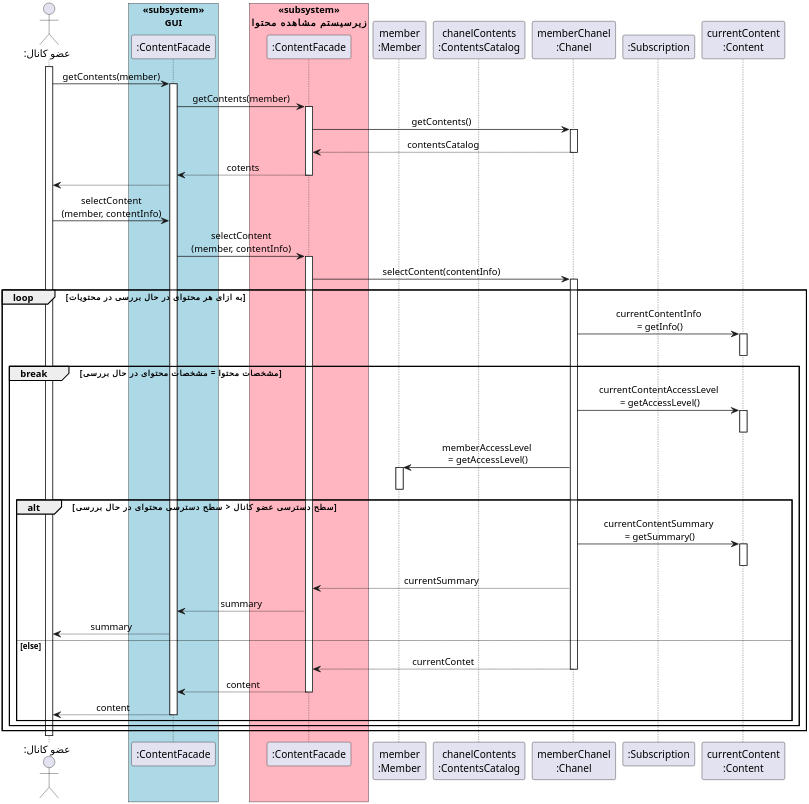
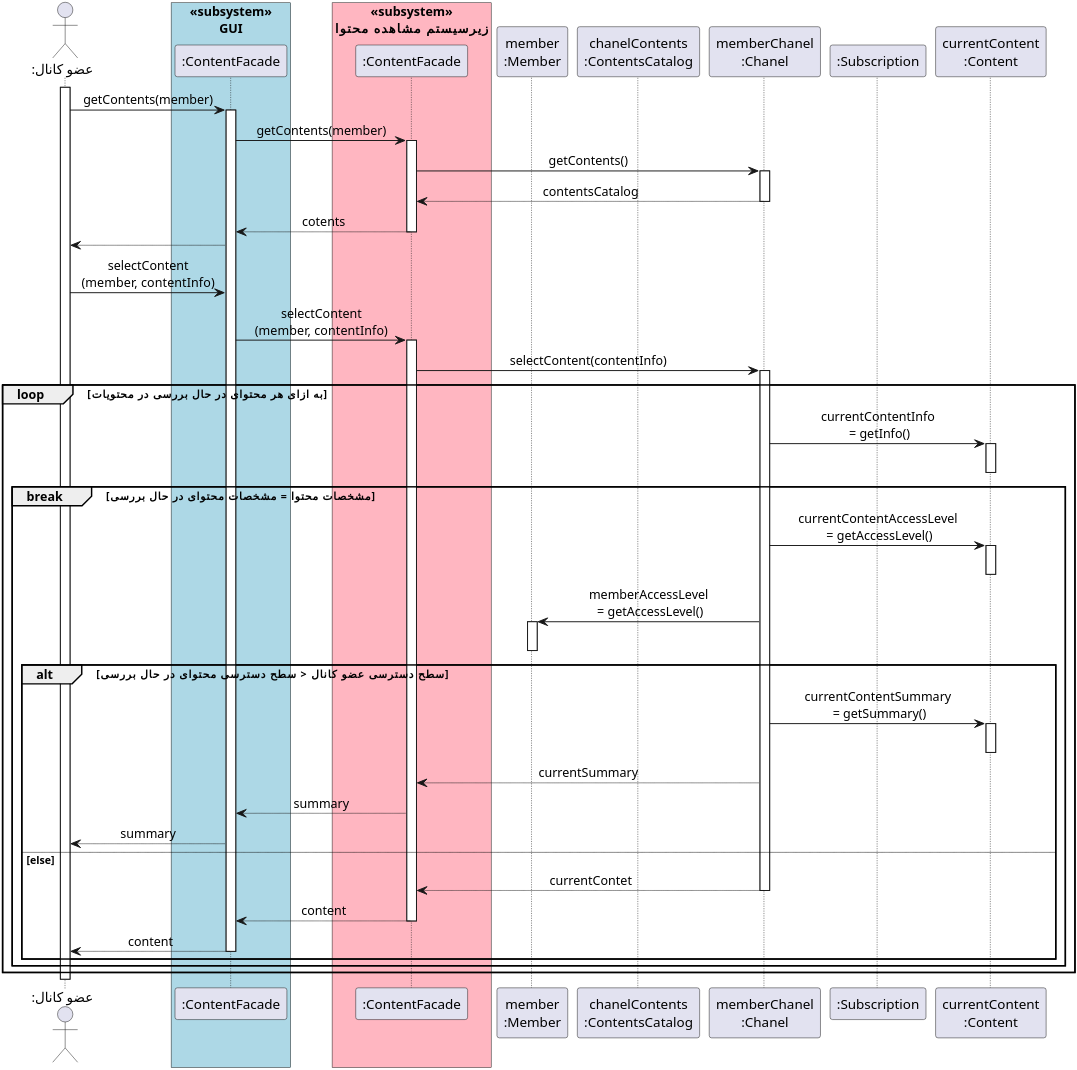
One commit to soleyman79/Qasedak changed the diagram in Diagrams/Design Sequence/SeeContent.puml. Above: the diagram before and after it, drawn with PlantUML. The commit also changed 2 other files, not shown here.

```diff
--- a/Diagrams/Design Sequence/SeeContent.puml
+++ b/Diagrams/Design Sequence/SeeContent.puml
@@ -1,76 +1,76 @@
 @startuml see_content
 
 
-scale 3
+scale 4
 skinparam DefaultFontName Vazir
 skinparam DefaultTextAlignment center
 
 
 actor ":عضو کانال" as member
 box "«subsystem»\nGUI" #LightBlue
 participant ":ContentFacade" as ui
 end box
 box "«subsystem»\nزیرسیستم مشاهده محتوا" #LightPink
 participant ":ContentFacade" as contentFacade
 end box
 participant "member\n:Member" as memberObj
 participant "chanelContents\n:ContentsCatalog" as contents
 participant "memberChanel\n:Chanel" as chanel
 participant ":Subscription" as subscription
 participant "currentContent\n:Content" as currentContent
 
 
 activate member
 member -> ui: getContents(member)
 activate ui
 ui -> contentFacade: getContents(member)
 activate contentFacade
 contentFacade -> chanel: getContents()
 activate chanel
 chanel --> contentFacade: contentsCatalog
 deactivate chanel
 contentFacade --> ui: cotents
 deactivate contentFacade
 ui --> member
 
 member -> ui : selectContent\n(member, contentInfo)
 ui -> contentFacade: selectContent\n(member, contentInfo)
 activate contentFacade
 contentFacade -> chanel: selectContent(contentInfo)
 activate chanel
 loop به ازای هر محتوای در حال بررسی در محتویات
     chanel -> currentContent : currentContentInfo\n = getInfo()
     activate currentContent
     deactivate currentContent
     
     break مشخصات محتوا = مشخصات محتوای در حال بررسی
         chanel -> currentContent: currentContentAccessLevel\n = getAccessLevel()
         activate currentContent
         deactivate currentContent
         
         chanel -> memberObj: memberAccessLevel\n = getAccessLevel()
         activate memberObj
         deactivate memberObj
         
         alt سطح دسترسی عضو کانال < سطح دسترسی محتوای در حال بررسی
             chanel -> currentContent: currentContentSummary\n = getSummary()
             activate currentContent
             deactivate currentContent
             chanel --> contentFacade: currentSummary
             contentFacade --> ui: summary
             ui --> member: summary
         else else
             chanel --> contentFacade: currentContet
             deactivate chanel
             contentFacade --> ui: content
             deactivate contentFacade
             ui --> member: content
             deactivate ui
         end
     end
 end
 
 deactivate member
 
 
 @enduml
```
